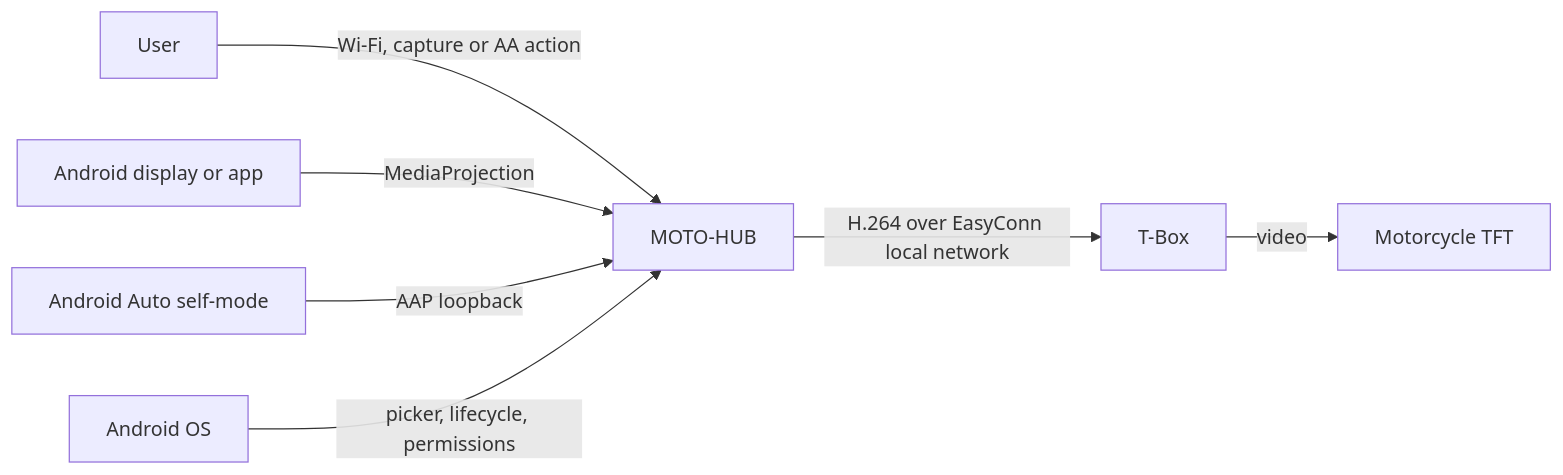
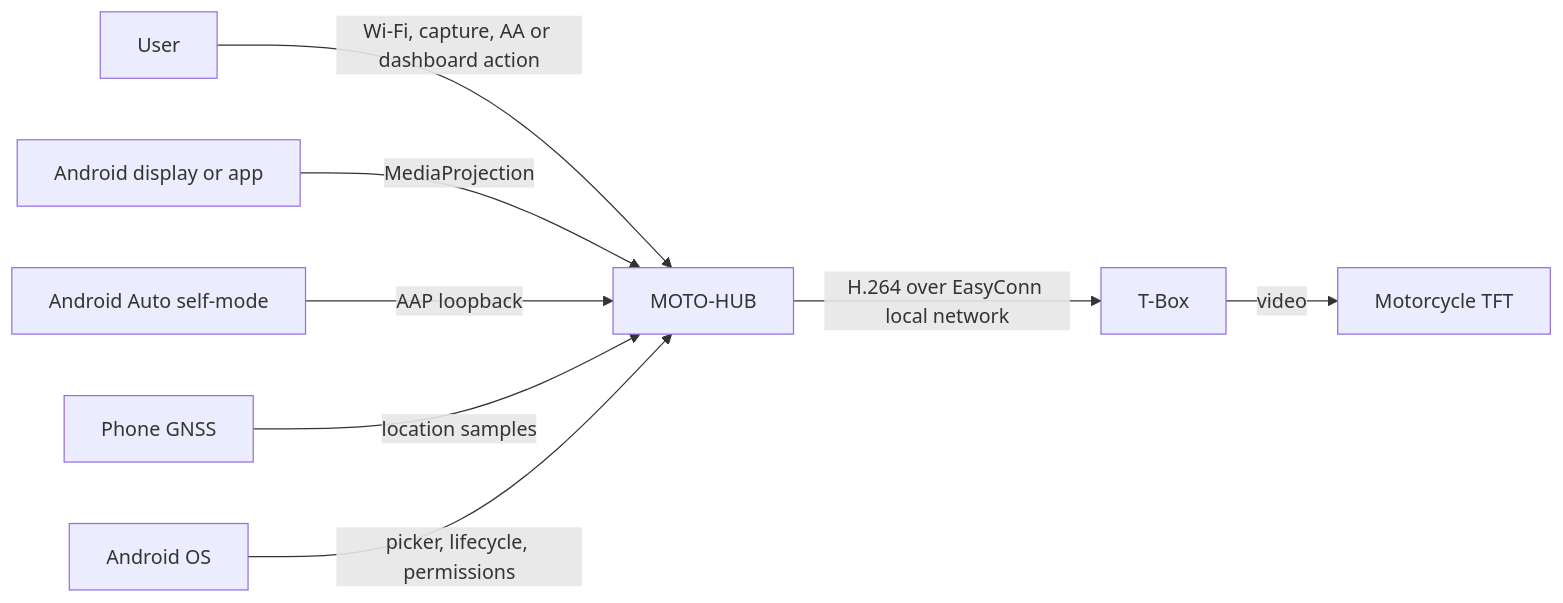
Before and after one commit to vincenzobpt/MOTO-HUB: the first of 4 diagrams in documentation/ARCHITECTURE.md, drawn with Mermaid. The commit also changed other lines of this file and 201 other files, not shown here.

````diff
--- a/documentation/ARCHITECTURE.md
+++ b/documentation/ARCHITECTURE.md
@@ -19,9 +21,10 @@
 ```mermaid
 flowchart LR
-    User["User"] -->|"Wi-Fi, capture or AA action"| Hub["MOTO-HUB"]
+    User["User"] -->|"Wi-Fi, capture, AA or dashboard action"| Hub["MOTO-HUB"]
     Source["Android display or app"] -->|"MediaProjection"| Hub
     AA["Android Auto self-mode"] -->|"AAP loopback"| Hub
+    GPS["Phone GNSS"] -->|"location samples"| Hub
     Hub -->|"H.264 over EasyConn local network"| TBox["T-Box"]
     TBox -->|"video"| TFT["Motorcycle TFT"]
     Android["Android OS"] -->|"picker, lifecycle, permissions"| Hub
 ```
````
